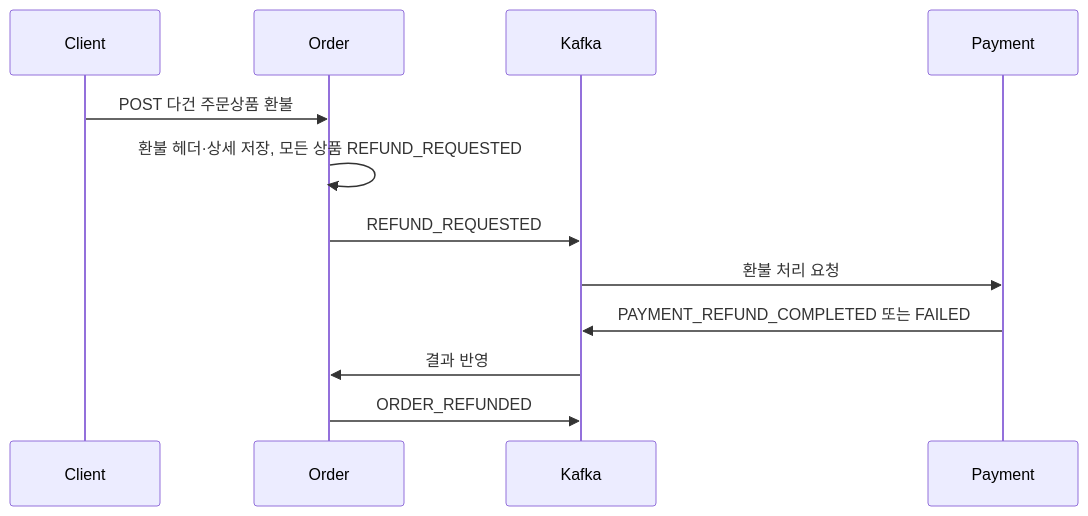
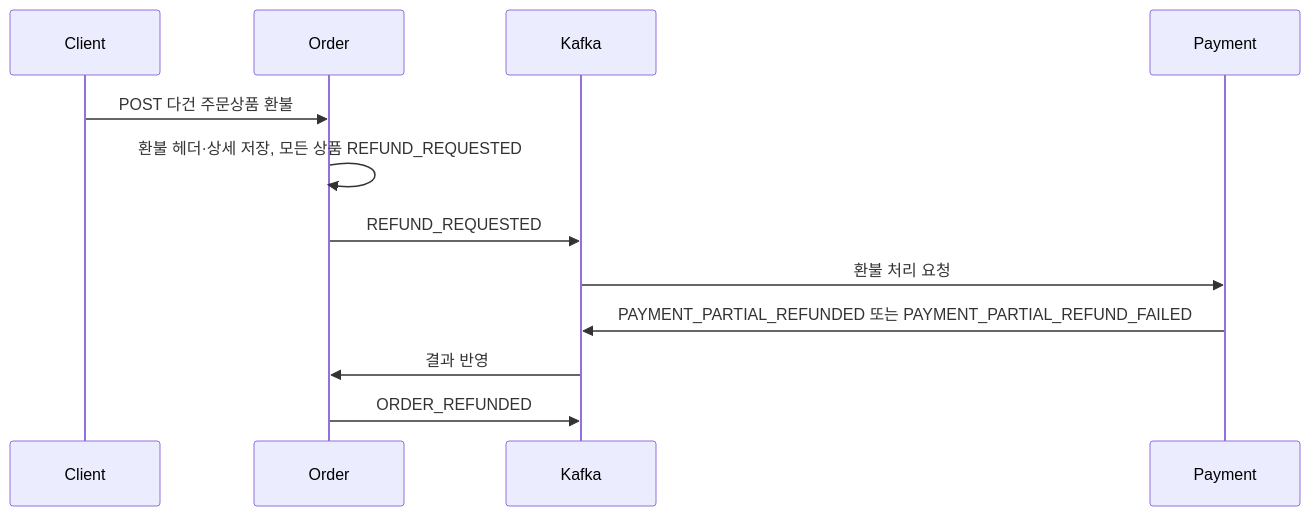
Before and after one commit to prgrms-be-adv-devcourse/beadv6_6_3JMT_BE: the second of 5 diagrams in docs/architecture/event-flow.md, drawn with Mermaid. The commit also changed other lines of this file and 4 other files, not shown here.

````diff
--- a/docs/architecture/event-flow.md
+++ b/docs/architecture/event-flow.md
@@ -73,15 +73,15 @@
 ```mermaid
 sequenceDiagram
     participant C as Client
     participant ORD as Order
     participant K as Kafka
     participant PAY as Payment
 
     C->>ORD: POST 다건 주문상품 환불
     ORD->>ORD: 환불 헤더·상세 저장, 모든 상품 REFUND_REQUESTED
     ORD->>K: REFUND_REQUESTED
     K->>PAY: 환불 처리 요청
-    PAY->>K: PAYMENT_REFUND_COMPLETED 또는 FAILED
+    PAY->>K: PAYMENT_PARTIAL_REFUNDED 또는 PAYMENT_PARTIAL_REFUND_FAILED
     K->>ORD: 결과 반영
     ORD->>K: ORDER_REFUNDED
 ```
````
